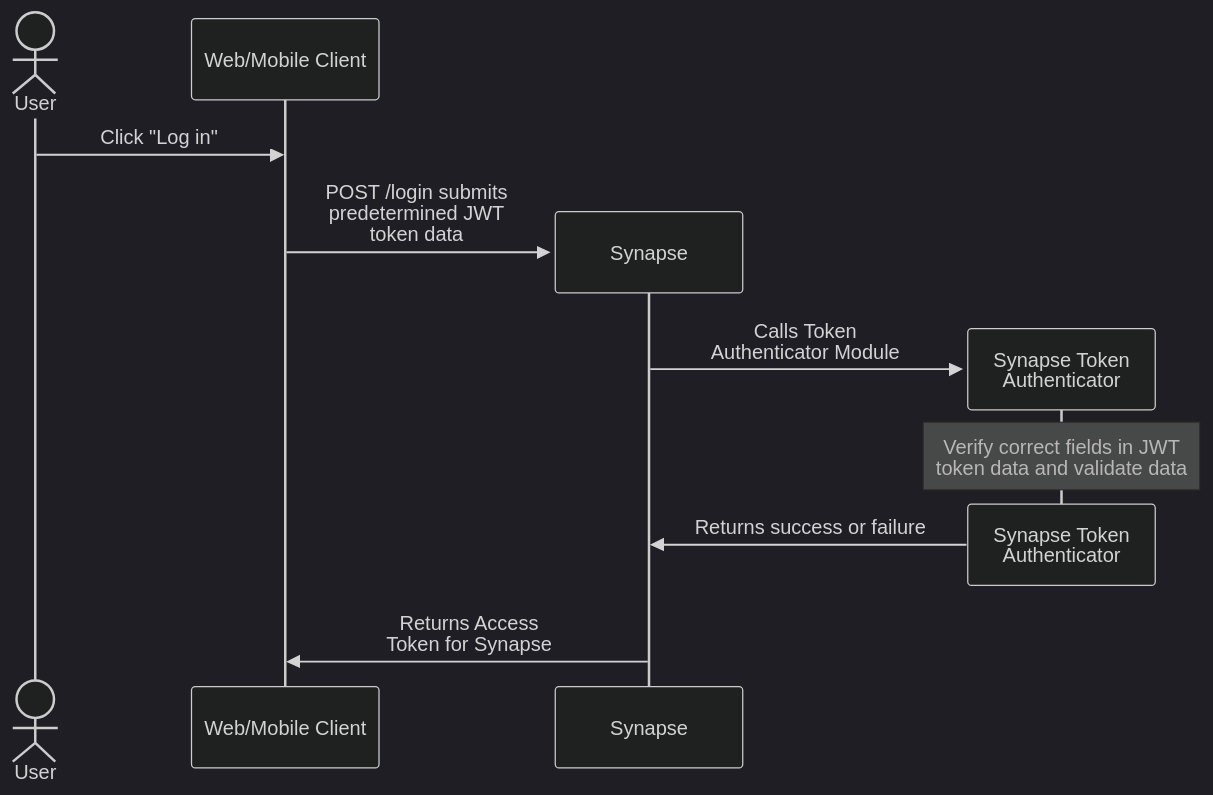
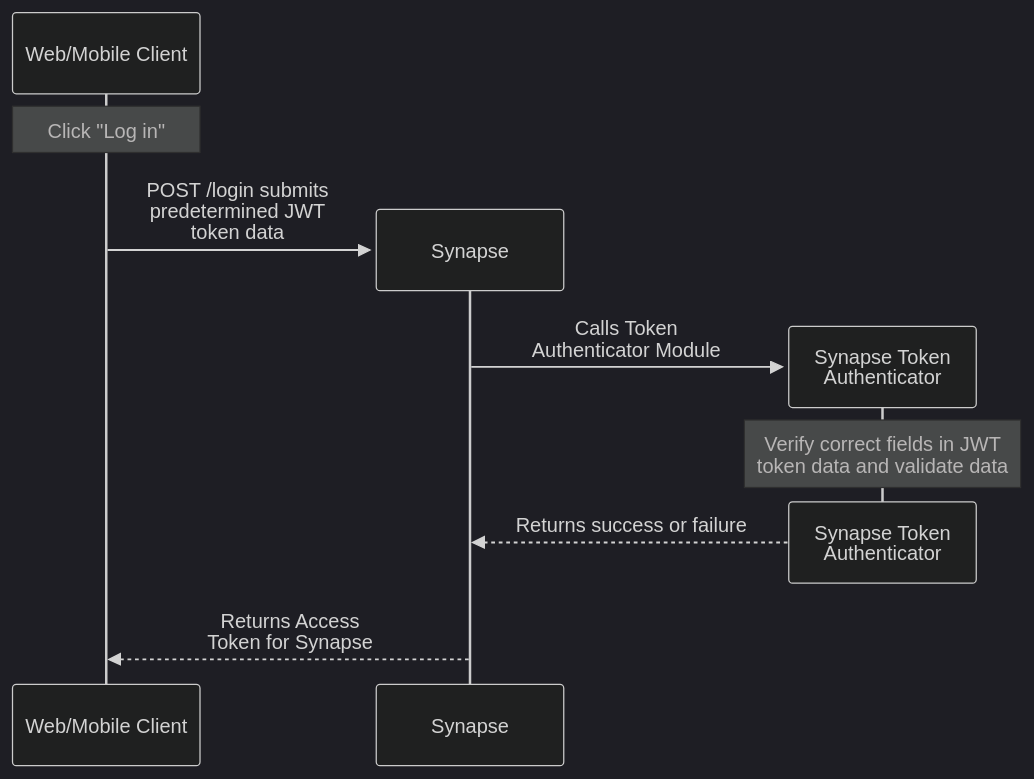
The first of 4 diagrams in README.md (famedly/synapse-token-authenticator), drawn with Mermaid (dark theme) before and after one commit. The commit also changed other lines of this file, not shown here.

````diff
--- a/README.md
+++ b/README.md
@@ -553,15 +554,14 @@
 ```mermaid
 sequenceDiagram
-    actor User
     participant App as Web/Mobile Client
 
-    User->>App: Click "Log in"
+    Note over App: Click "Log in"
     create participant Synapse
     App->>Synapse: POST /login submits<br> predetermined JWT<br> token data
     create participant Mod as Synapse Token<br>Authenticator
     Synapse->>Mod: Calls Token<br> Authenticator Module
     Note over Mod: Verify correct fields in JWT<br> token data and validate data
     destroy Mod
-    Mod->>Synapse: Returns success or failure
-    Synapse->>App: Returns Access<br> Token for Synapse
+    Mod-->>Synapse: Returns success or failure
+    Synapse-->>App: Returns Access<br> Token for Synapse
 ```
````
